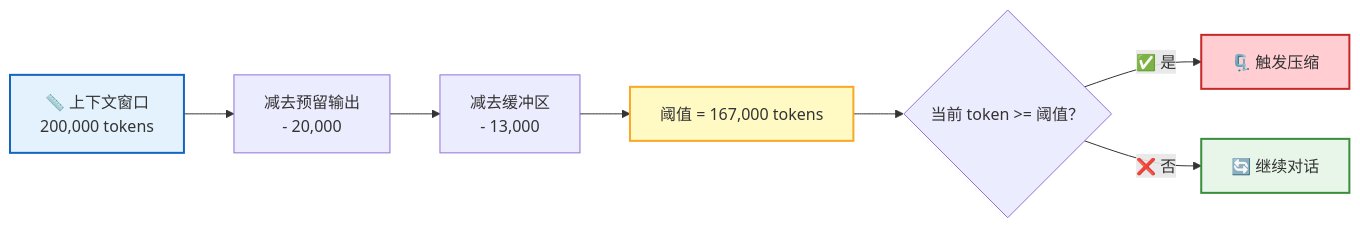
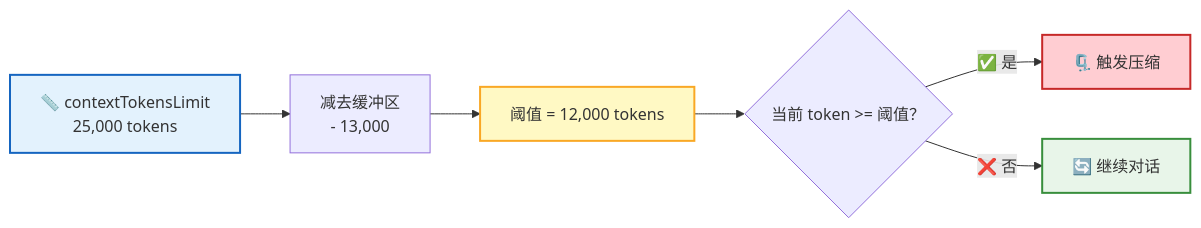
Before and after one commit to rtc-agent/docs: the third of 6 diagrams in src/content/docs/features/context-management.md, drawn with Mermaid. The commit also changed other lines of this file and 60 other files, not shown here.

First line of the commit message:
docs(site): refresh documentation with new sections and improved diagrams

````diff
--- a/src/content/docs/features/context-management.md
+++ b/src/content/docs/features/context-management.md
@@ -104,15 +91,14 @@
 ```mermaid
 flowchart LR
-    W["📏 上下文窗口<br/>200,000 tokens"] --> E["减去预留输出<br/>- 20,000"]
-    E --> T["减去缓冲区<br/>- 13,000"]
-    T --> TH["阈值 = 167,000 tokens"]
+    W["📏 contextTokensLimit<br/>25,000 tokens"] --> T["减去缓冲区<br/>- 13,000"]
+    T --> TH["阈值 = 12,000 tokens"]
 
     TH --> CHECK{"当前 token >= 阈值？"}
     CHECK -->|"✅ 是"| COMPACT["🗜️ 触发压缩"]
     CHECK -->|"❌ 否"| CONT["🔄 继续对话"]
 
     style W fill:#e3f2fd,stroke:#1565c0,stroke-width:2px
     style TH fill:#fff9c4,stroke:#f9a825,stroke-width:2px
     style COMPACT fill:#ffcdd2,stroke:#c62828,stroke-width:2px
     style CONT fill:#e8f5e9,stroke:#388e3c,stroke-width:2px
 ```
````
